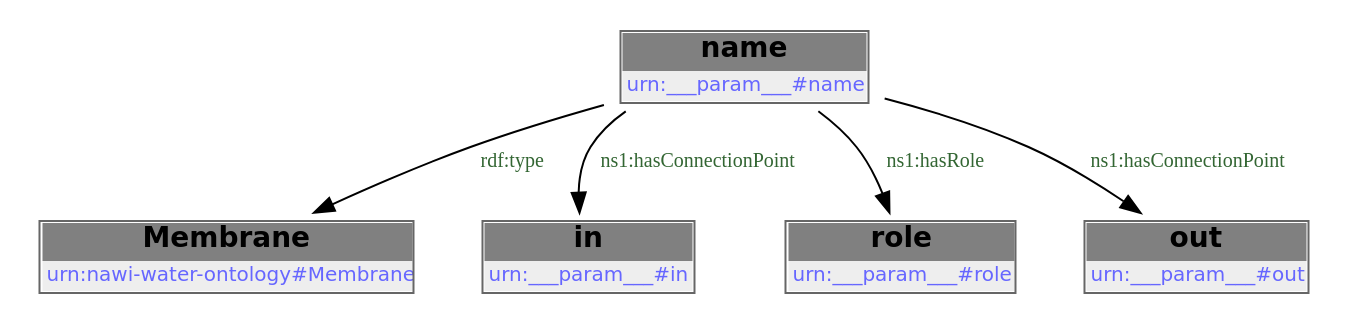
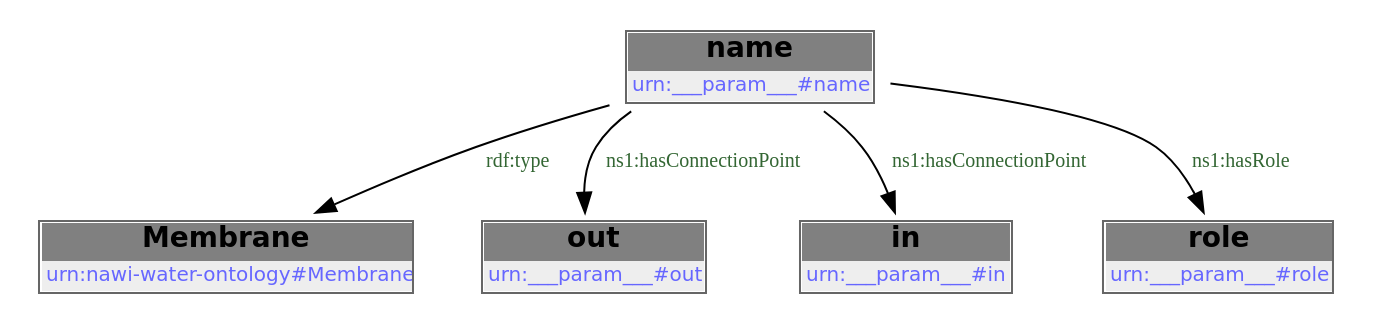
The first of 2 diagrams in docs/libraries/templates/membrane.rst (DataDrivenCPS/water-ontology), drawn with Graphviz before and after one commit. The commit also changed other lines of this file and 33 other files, not shown here.

```diff
--- a/docs/libraries/templates/membrane.rst
+++ b/docs/libraries/templates/membrane.rst
@@ -78,14 +78,14 @@
         .. graphviz::
 
                 digraph G {
             node [fontname="DejaVu Sans"];
             node0 -> node1 [color=BLACK, label=< <font point-size='10' color='#336633'>rdf:type</font> >];
             node0 -> node2 [color=BLACK, label=< <font point-size='10' color='#336633'>ns1:hasConnectionPoint</font> >];
-            node0 -> node3 [color=BLACK, label=< <font point-size='10' color='#336633'>ns1:hasRole</font> >];
-            node0 -> node4 [color=BLACK, label=< <font point-size='10' color='#336633'>ns1:hasConnectionPoint</font> >];
+            node0 -> node3 [color=BLACK, label=< <font point-size='10' color='#336633'>ns1:hasConnectionPoint</font> >];
+            node0 -> node4 [color=BLACK, label=< <font point-size='10' color='#336633'>ns1:hasRole</font> >];
             node0 [shape=none, color=black, label=< <table color='#666666' cellborder='0' cellspacing='0' border='1'><tr><td colspan='2' bgcolor='grey'><B>name</B></td></tr><tr><td href='urn:___param___#name' bgcolor='#eeeeee' colspan='2'><font point-size='10' color='#6666ff'>urn:___param___#name</font></td></tr></table> >];
             node1 [shape=none, color=black, label=< <table color='#666666' cellborder='0' cellspacing='0' border='1'><tr><td colspan='2' bgcolor='grey'><B>Membrane</B></td></tr><tr><td href='urn:nawi-water-ontology#Membrane' bgcolor='#eeeeee' colspan='2'><font point-size='10' color='#6666ff'>urn:nawi-water-ontology#Membrane</font></td></tr></table> >];
-            node2 [shape=none, color=black, label=< <table color='#666666' cellborder='0' cellspacing='0' border='1'><tr><td colspan='2' bgcolor='grey'><B>in</B></td></tr><tr><td href='urn:___param___#in' bgcolor='#eeeeee' colspan='2'><font point-size='10' color='#6666ff'>urn:___param___#in</font></td></tr></table> >];
-            node3 [shape=none, color=black, label=< <table color='#666666' cellborder='0' cellspacing='0' border='1'><tr><td colspan='2' bgcolor='grey'><B>role</B></td></tr><tr><td href='urn:___param___#role' bgcolor='#eeeeee' colspan='2'><font point-size='10' color='#6666ff'>urn:___param___#role</font></td></tr></table> >];
-            node4 [shape=none, color=black, label=< <table color='#666666' cellborder='0' cellspacing='0' border='1'><tr><td colspan='2' bgcolor='grey'><B>out</B></td></tr><tr><td href='urn:___param___#out' bgcolor='#eeeeee' colspan='2'><font point-size='10' color='#6666ff'>urn:___param___#out</font></td></tr></table> >];
+            node2 [shape=none, color=black, label=< <table color='#666666' cellborder='0' cellspacing='0' border='1'><tr><td colspan='2' bgcolor='grey'><B>out</B></td></tr><tr><td href='urn:___param___#out' bgcolor='#eeeeee' colspan='2'><font point-size='10' color='#6666ff'>urn:___param___#out</font></td></tr></table> >];
+            node3 [shape=none, color=black, label=< <table color='#666666' cellborder='0' cellspacing='0' border='1'><tr><td colspan='2' bgcolor='grey'><B>in</B></td></tr><tr><td href='urn:___param___#in' bgcolor='#eeeeee' colspan='2'><font point-size='10' color='#6666ff'>urn:___param___#in</font></td></tr></table> >];
+            node4 [shape=none, color=black, label=< <table color='#666666' cellborder='0' cellspacing='0' border='1'><tr><td colspan='2' bgcolor='grey'><B>role</B></td></tr><tr><td href='urn:___param___#role' bgcolor='#eeeeee' colspan='2'><font point-size='10' color='#6666ff'>urn:___param___#role</font></td></tr></table> >];
             }
```
